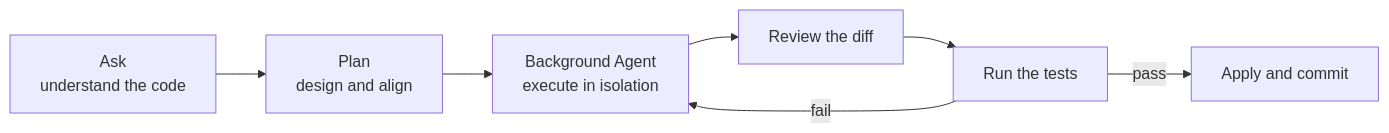
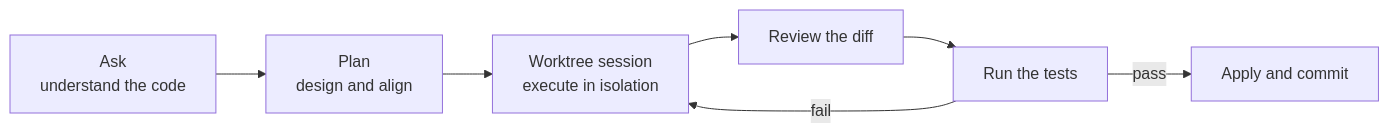
The first of 2 diagrams in src/content/engineering/ai-assisted-coding-playbook.md (riddam/riddam.github.io), drawn with Mermaid before and after one commit. The commit also changed other lines of this file and 5 other files, not shown here.

````diff
--- a/src/content/engineering/ai-assisted-coding-playbook.md
+++ b/src/content/engineering/ai-assisted-coding-playbook.md
@@ -82,9 +83,9 @@
 ```mermaid
 flowchart LR
   A["Ask<br/>understand the code"] --> B["Plan<br/>design and align"]
-  B --> C["Background Agent<br/>execute in isolation"]
+  B --> C["Worktree session<br/>execute in isolation"]
   C --> D["Review the diff"]
   D --> E["Run the tests"]
   E -->|"pass"| F["Apply and commit"]
   E -->|"fail"| C
 ```
````
